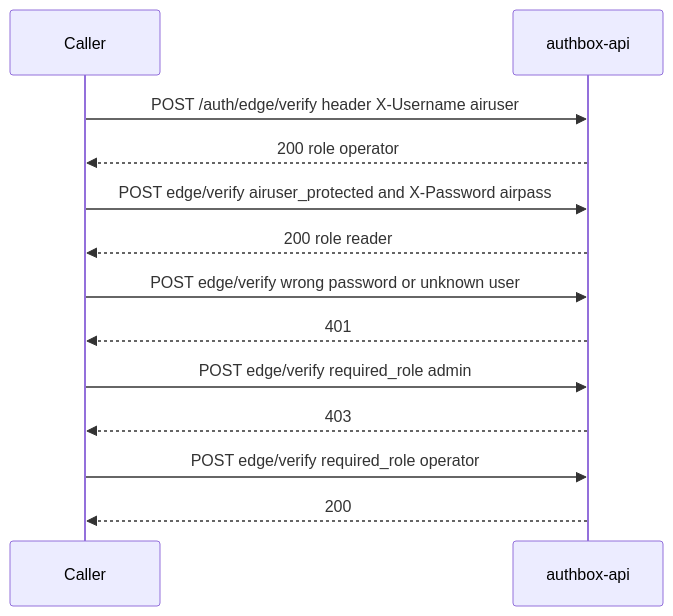
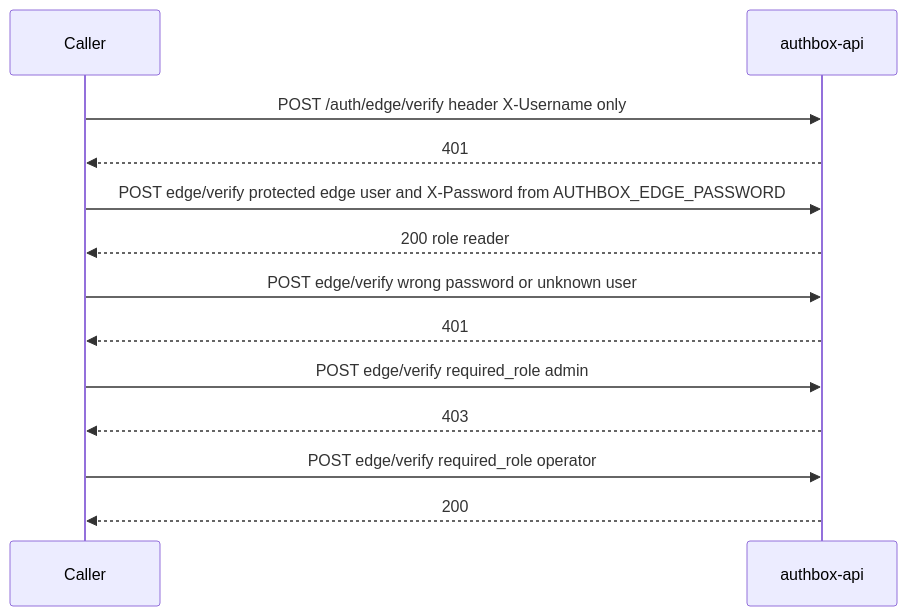
One commit to Grep-Digital/gd-releases changed the seventh of 14 diagrams in gd-authbox/build-2610221736/release/SCENARIO-TESTING.md. Above: the diagram before and after it, drawn with Mermaid. The commit also changed other lines of this file and 6 other files, not shown here.

````diff
--- a/gd-authbox/build-2610221736/release/SCENARIO-TESTING.md
+++ b/gd-authbox/build-2610221736/release/SCENARIO-TESTING.md
@@ -704,15 +788,15 @@
 ```mermaid
 sequenceDiagram
   participant C as Caller
   participant API as authbox-api
-  C->>API: POST /auth/edge/verify header X-Username airuser
-  API-->>C: 200 role operator
-  C->>API: POST edge/verify airuser_protected and X-Password airpass
+  C->>API: POST /auth/edge/verify header X-Username only
+  API-->>C: 401
+  C->>API: POST edge/verify protected edge user and X-Password from AUTHBOX_EDGE_PASSWORD
   API-->>C: 200 role reader
   C->>API: POST edge/verify wrong password or unknown user
   API-->>C: 401
   C->>API: POST edge/verify required_role admin
   API-->>C: 403
   C->>API: POST edge/verify required_role operator
   API-->>C: 200
 ```
````
